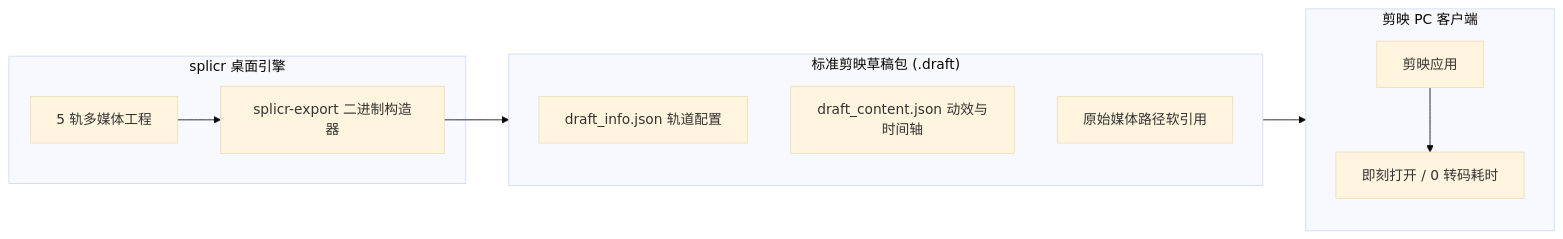
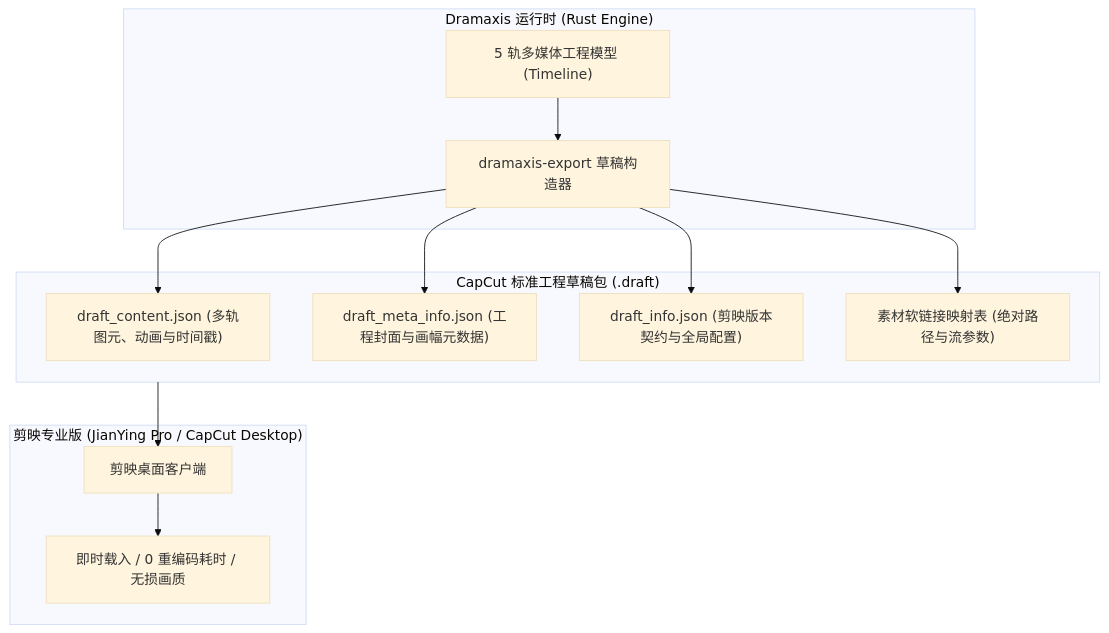
Before and after one commit to Agions/dramaxis: the diagram in docs/guide/capcut-export.md, drawn with Mermaid (base theme). The commit also changed other lines of this file and 95 other files, not shown here.

Commit message:
refactor: rename project references and crates from splicr to dramaxis

````diff
--- a/docs/guide/capcut-export.md
+++ b/docs/guide/capcut-export.md
@@ -11,19 +11,23 @@
 ```mermaid
-graph LR
-    subgraph Splicr ["splicr 桌面引擎"]
-        Timeline[5 轨多媒体工程] --> DraftBuilder[splicr-export 二进制构造器]
+graph TD
+    subgraph DramaxisRuntime ["Dramaxis 运行时 (Rust Engine)"]
+        Timeline["5 轨多媒体工程模型 (Timeline)"] --> Exporter["dramaxis-export 草稿构造器"]
     end
 
-    subgraph CapCutDraft ["标准剪映草稿包 (.draft)"]
-        DraftInfo[draft_info.json 轨道配置]
-        DraftContent[draft_content.json 动效与时间轴]
-        MediaRefs[原始媒体路径软引用]
+    subgraph DraftBundle ["CapCut 标准工程草稿包 (.draft)"]
+        DraftContent["draft_content.json (多轨图元、动画与时间戳)"]
+        DraftMeta["draft_meta_info.json (工程封面与画幅元数据)"]
+        DraftInfo["draft_info.json (剪映版本契约与全局配置)"]
+        MediaRef["素材软链接映射表 (绝对路径与流参数)"]
     end
 
-    subgraph JianYing ["剪映 PC 客户端"]
-        App[剪映应用] --> QuickOpen[即刻打开 / 0 转码耗时]
+    subgraph DesktopEditor ["剪映专业版 (JianYing Pro / CapCut Desktop)"]
+        ClientApp["剪映桌面客户端"] --> InstantOpen["即时载入 / 0 重编码耗时 / 无损画质"]
     end
 
-    DraftBuilder --> CapCutDraft
-    CapCutDraft --> JianYing
+    Exporter --> DraftContent
+    Exporter --> DraftMeta
+    Exporter --> DraftInfo
+    Exporter --> MediaRef
+    DraftBundle --> ClientApp
 ```
````
